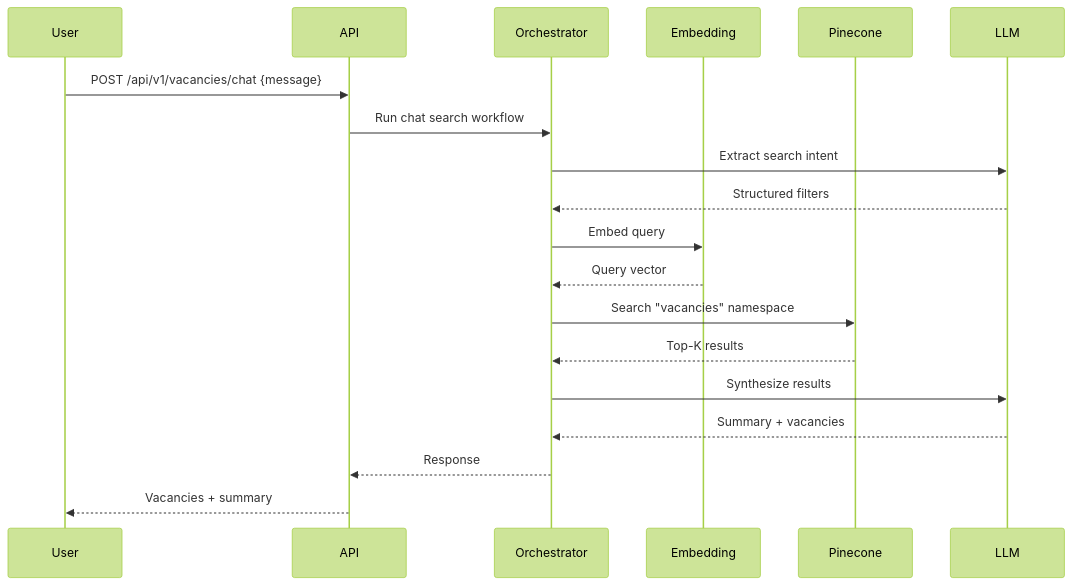
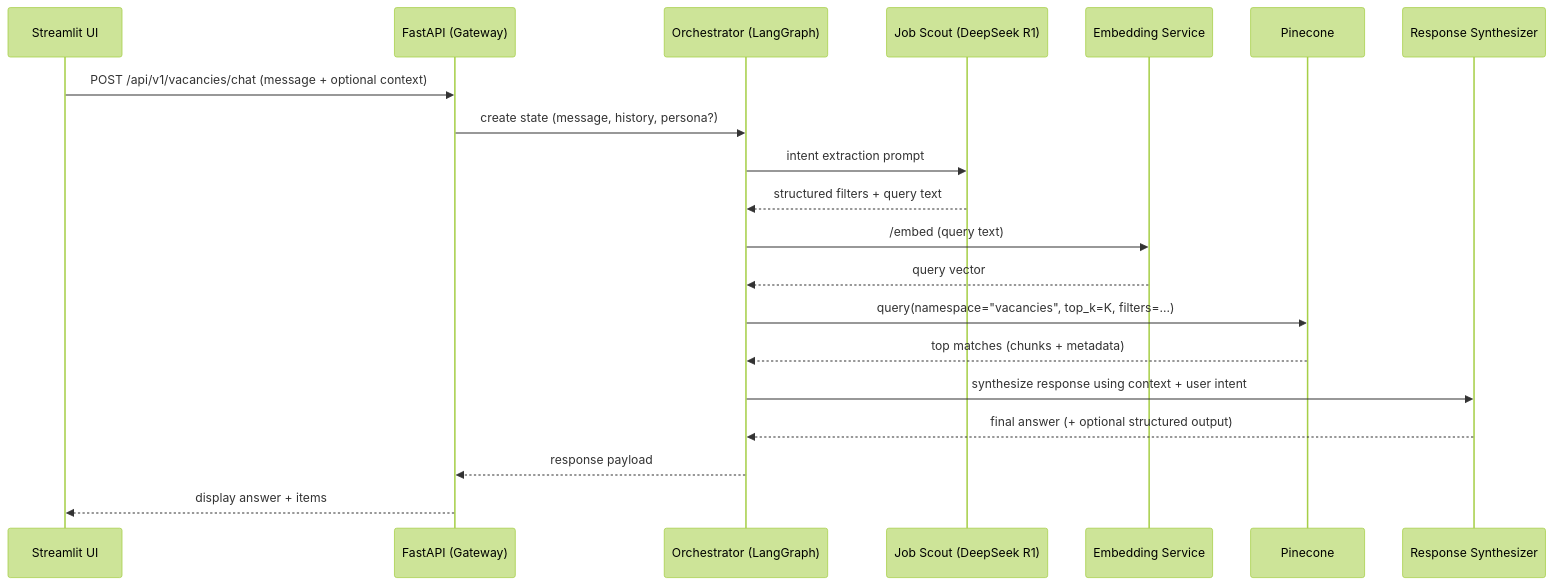
One commit to kkonst-bond-edu/funds-search changed the first of 3 diagrams in docs/architecture.md. Above: the diagram before and after it, drawn with Mermaid (forest theme). The commit also changed other lines of this file and 11 other files, not shown here.

````diff
--- a/docs/architecture.md
+++ b/docs/architecture.md
@@ -19,22 +45,23 @@
 ```mermaid
 sequenceDiagram
-    participant User
-    participant API
-    participant Orchestrator
-    participant Embedding
-    participant Pinecone
-    participant LLM
-    
-    User->>API: POST /api/v1/vacancies/chat {message}
-    API->>Orchestrator: Run chat search workflow
-    Orchestrator->>LLM: Extract search intent
-    LLM-->>Orchestrator: Structured filters
-    Orchestrator->>Embedding: Embed query
-    Embedding-->>Orchestrator: Query vector
-    Orchestrator->>Pinecone: Search "vacancies" namespace
-    Pinecone-->>Orchestrator: Top-K results
-    Orchestrator->>LLM: Synthesize results
-    LLM-->>Orchestrator: Summary + vacancies
-    Orchestrator-->>API: Response
-    API-->>User: Vacancies + summary
+    participant UI as Streamlit UI
+    participant API as FastAPI (Gateway)
+    participant ORC as Orchestrator (LangGraph)
+    participant LLM as Job Scout (DeepSeek R1)
+    participant EMB as Embedding Service
+    participant PC as Pinecone
+    participant SYN as Response Synthesizer
+
+    UI->>API: POST /api/v1/vacancies/chat (message + optional context)
+    API->>ORC: create state (message, history, persona?)
+    ORC->>LLM: intent extraction prompt
+    LLM-->>ORC: structured filters + query text
+    ORC->>EMB: /embed (query text)
+    EMB-->>ORC: query vector
+    ORC->>PC: query(namespace="vacancies", top_k=K, filters=…)
+    PC-->>ORC: top matches (chunks + metadata)
+    ORC->>SYN: synthesize response using context + user intent
+    SYN-->>ORC: final answer (+ optional structured output)
+    ORC-->>API: response payload
+    API-->>UI: display answer + items
 ```
````
